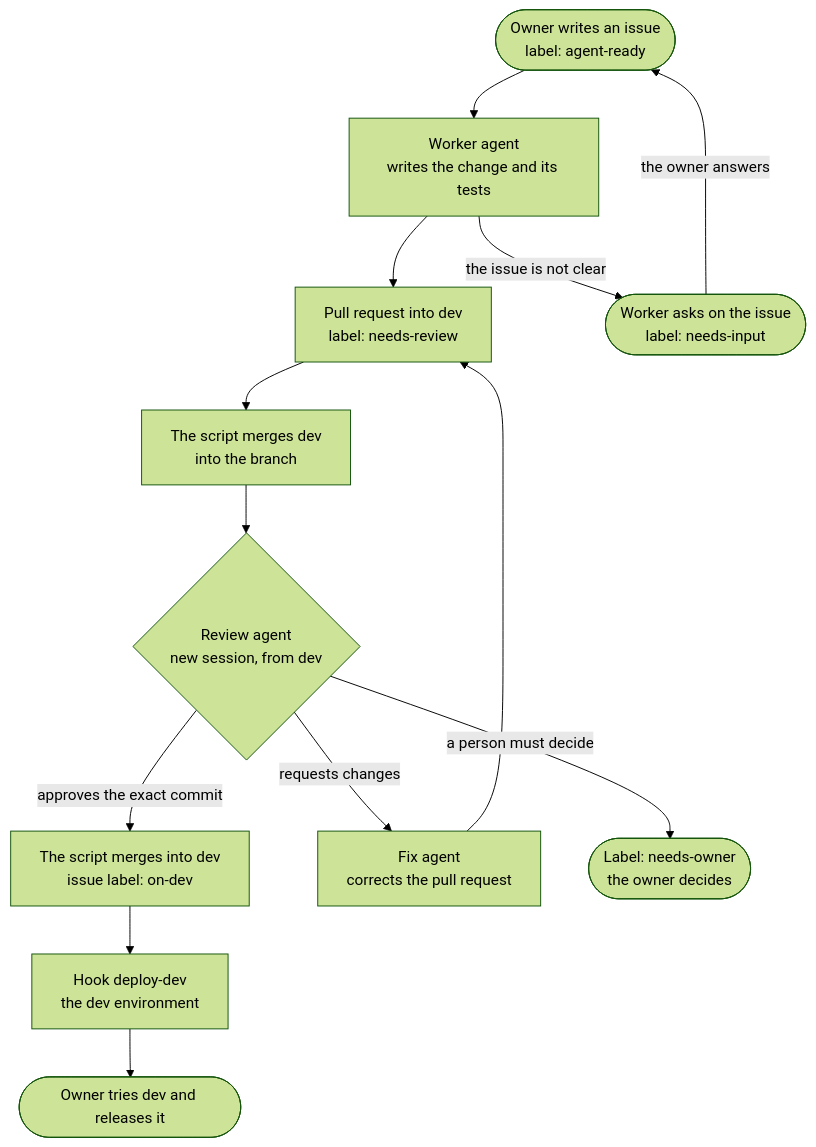
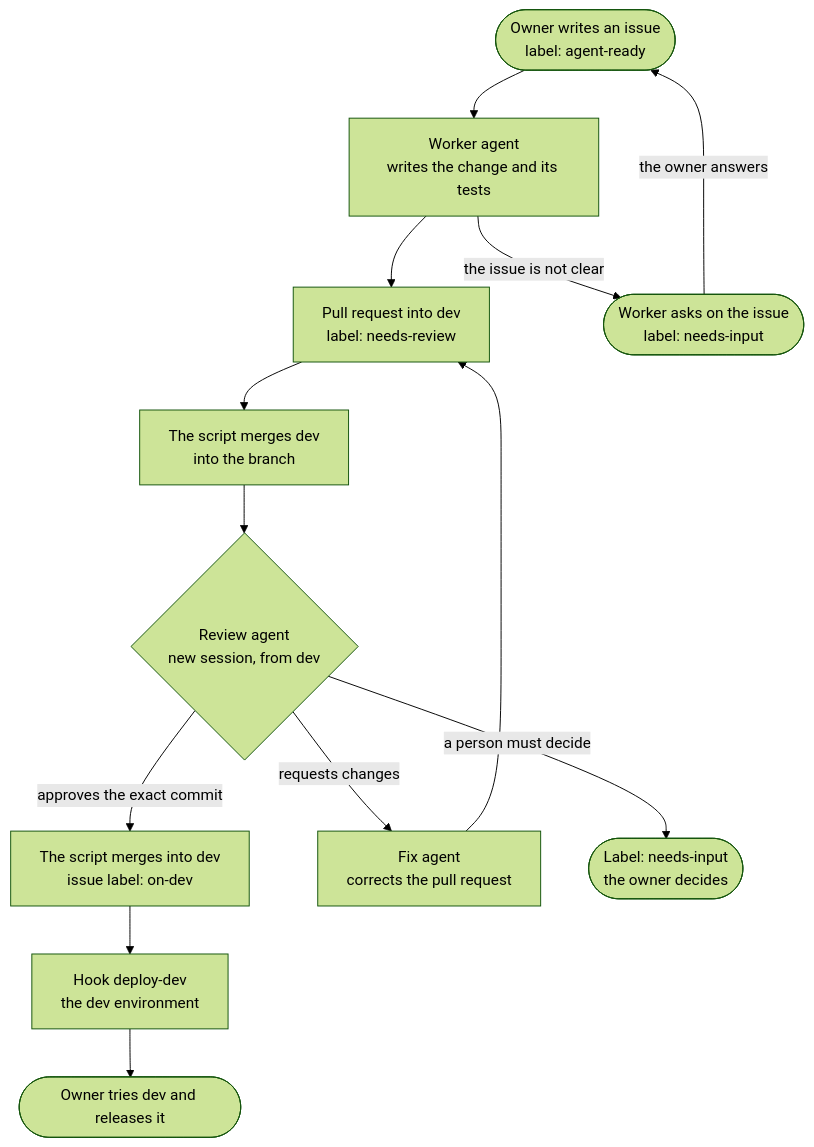
The diagram in README.md (colla69/minion-army), drawn with Mermaid (forest theme) before and after one commit. The commit also changed other lines of this file and 6 other files, not shown here.

First line of the commit message:
feat(review): make needs-owner a merge gate that only the owner removes

````diff
--- a/README.md
+++ b/README.md
@@ -9,15 +9,15 @@
 ```mermaid
 flowchart TD
     owner(["Owner writes an issue<br/>label: agent-ready"]) --> worker
     worker["Worker agent<br/>writes the change and its tests"] --> pr["Pull request into dev<br/>label: needs-review"]
     worker -->|"the issue is not clear"| question(["Worker asks on the issue<br/>label: needs-input"])
     question -->|"the owner answers"| owner
     pr --> update["The script merges dev<br/>into the branch"]
     update --> review{"Review agent<br/>new session, from dev"}
     review -->|"approves the exact commit"| dev["The script merges into dev<br/>issue label: on-dev"]
     review -->|"requests changes"| fix["Fix agent<br/>corrects the pull request"]
     fix --> pr
-    review -->|"a person must decide"| person(["Label: needs-owner<br/>the owner decides"])
+    review -->|"a person must decide"| person(["Label: needs-input<br/>the owner decides"])
     dev --> devbox["Hook deploy-dev<br/>the dev environment"]
     devbox --> tryit(["Owner tries dev and releases it"])
 ```
````
